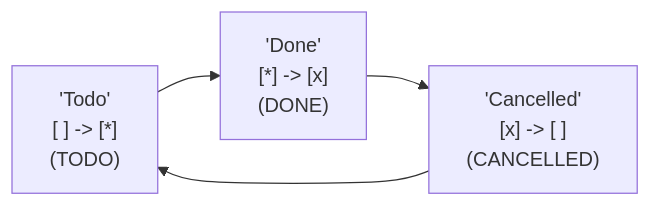
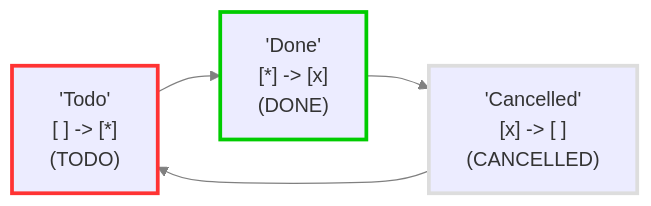
Before and after one commit to obsidian-tasks-group/obsidian-tasks: the diagram in tests/DocumentationSamples/DocsSamplesForStatuses.test.DefaultStatuses_done-toggles-to-cancelled-with-unconventional-symbols.approved.detailed.mermaid.md, drawn with Mermaid. The commit also changed 19 other files, not shown here.

Commit message:
feat: Show Status Type as coloured edges in Status Diagrams

````diff
--- a/tests/DocumentationSamples/DocsSamplesForStatuses.test.DefaultStatuses_done-toggles-to-cancelled-with-unconventional-symbols.approved.detailed.mermaid.md
+++ b/tests/DocumentationSamples/DocsSamplesForStatuses.test.DefaultStatuses_done-toggles-to-cancelled-with-unconventional-symbols.approved.detailed.mermaid.md
@@ -2,9 +2,18 @@
 ```mermaid
 flowchart LR
-1["'Todo'<br>[ ] -> [*]<br>(TODO)"]
-2["'Done'<br>[*] -> [x]<br>(DONE)"]
-3["'Cancelled'<br>[x] -> [ ]<br>(CANCELLED)"]
+
+classDef TODO        stroke:#f33,stroke-width:3px;
+classDef DONE        stroke:#0c0,stroke-width:3px;
+classDef IN_PROGRESS stroke:#fa0,stroke-width:3px;
+classDef CANCELLED   stroke:#ddd,stroke-width:3px;
+classDef NON_TASK    stroke:#99e,stroke-width:3px;
+
+1["'Todo'<br>[ ] -> [*]<br>(TODO)"]:::TODO
+2["'Done'<br>[*] -> [x]<br>(DONE)"]:::DONE
+3["'Cancelled'<br>[x] -> [ ]<br>(CANCELLED)"]:::CANCELLED
 1 --> 2
 2 --> 3
 3 --> 1
+
+linkStyle default stroke:gray
 ```
````
